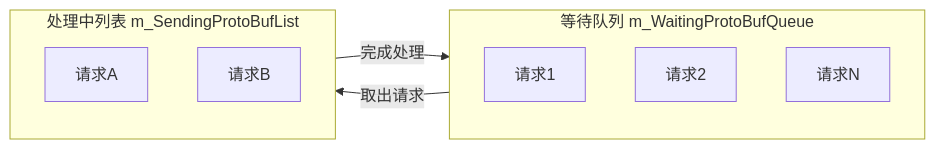
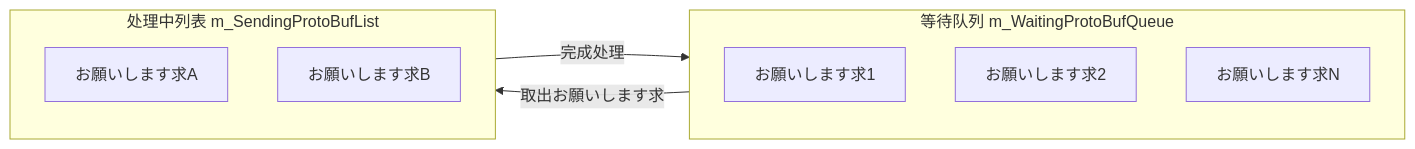
Before and after one commit to AlianBlank/GameFrameX.Docs: the third of 3 diagrams in docs/ja/client/unity/component/web-protobuff/09.webprotobuffcomponent.md, drawn with Mermaid. The commit also changed other lines of this file and 603 other files, not shown here.

````diff
--- a/docs/ja/client/unity/component/web-protobuff/09.webprotobuffcomponent.md
+++ b/docs/ja/client/unity/component/web-protobuff/09.webprotobuffcomponent.md
@@ -204,16 +204,16 @@
 ```mermaid
 flowchart LR
     subgraph WaitingQueue["等待队列 m_WaitingProtoBufQueue"]
-        W1[请求1]
-        W2[请求2]
-        W3[请求N]
+        W1[お願いします求1]
+        W2[お願いします求2]
+        W3[お願いします求N]
     end
 
     subgraph SendingList["处理中列表 m_SendingProtoBufList"]
-        S1[请求A]
-        S2[请求B]
+        S1[お願いします求A]
+        S2[お願いします求B]
     end
 
-    WaitingQueue -->|取出请求| SendingList
+    WaitingQueue -->|取出お願いします求| SendingList
     SendingList -->|完成处理| WaitingQueue
 ```
````
